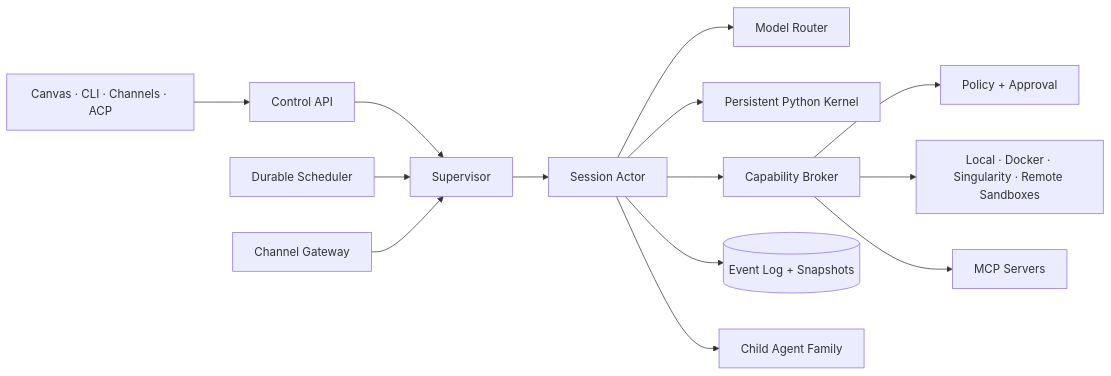
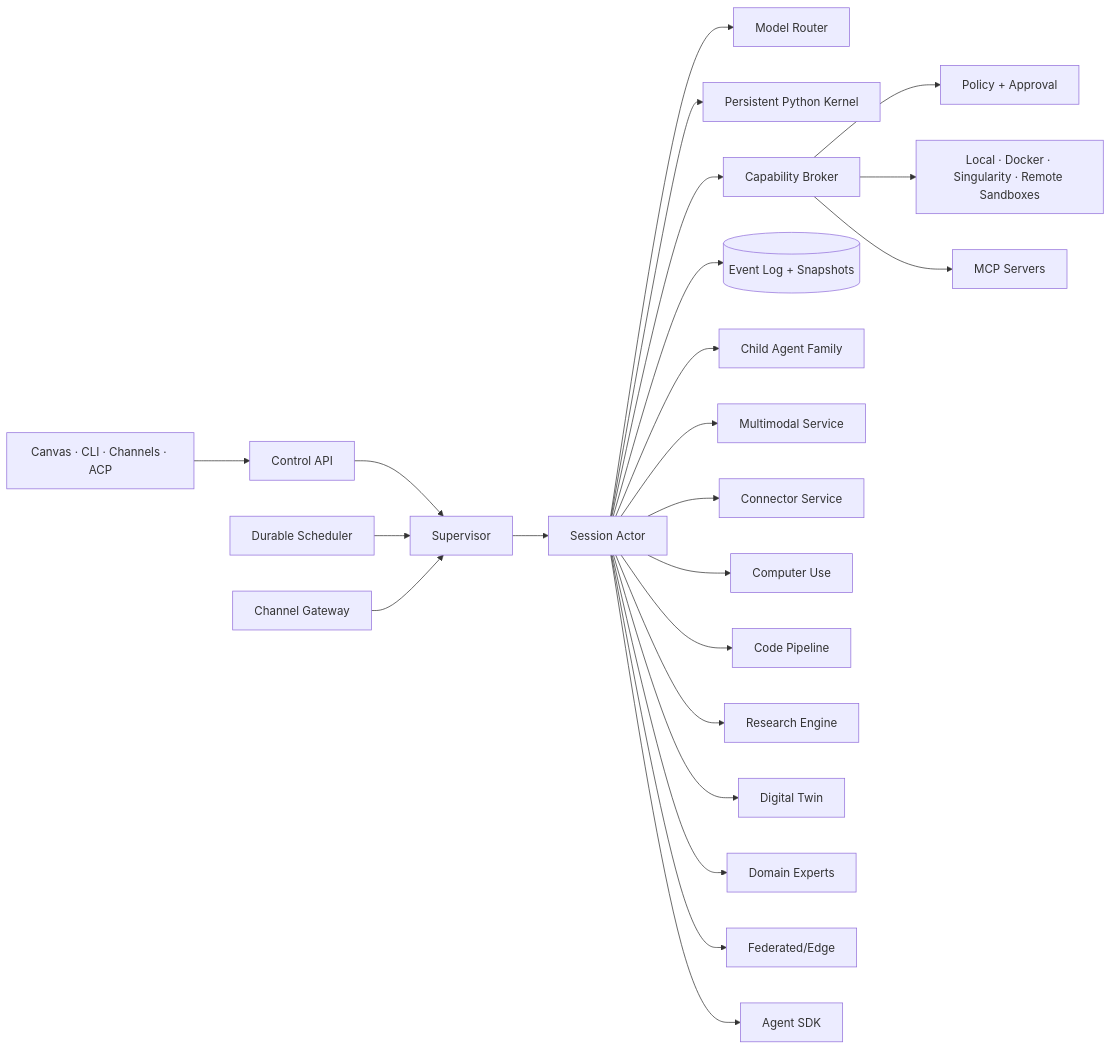
The diagram in hybrid-agent-fabric/README.md (Hakki-CENG/Aurora-Motor-Engine), drawn with Mermaid before and after one commit. The commit also changed other lines of this file and 144 other files, not shown here.

````diff
--- a/hybrid-agent-fabric/README.md
+++ b/hybrid-agent-fabric/README.md
@@ -143,16 +157,25 @@
 ```mermaid
 flowchart LR
   CLIENTS[Canvas · CLI · Channels · ACP] --> API[Control API]
   API --> SUP[Supervisor]
   SUP --> SESSION[Session Actor]
   SESSION --> MODEL[Model Router]
   SESSION --> KERNEL[Persistent Python Kernel]
   SESSION --> BROKER[Capability Broker]
   BROKER --> POLICY[Policy + Approval]
   BROKER --> SBOX[Local · Docker · Singularity · Remote Sandboxes]
   BROKER --> MCP[MCP Servers]
   SESSION --> EVENTS[(Event Log + Snapshots)]
   SESSION --> CHILDREN[Child Agent Family]
   SCHED[Durable Scheduler] --> SUP
   CHANNELS[Channel Gateway] --> SUP
+  SESSION --> MULTI[Multimodal Service]
+  SESSION --> CONN[Connector Service]
+  SESSION --> COMP[Computer Use]
+  SESSION --> PIPE[Code Pipeline]
+  SESSION --> RES[Research Engine]
+  SESSION --> TWIN[Digital Twin]
+  SESSION --> EXPERT[Domain Experts]
+  SESSION --> FED[Federated/Edge]
+  SESSION --> SDK[Agent SDK]
 ```
````
